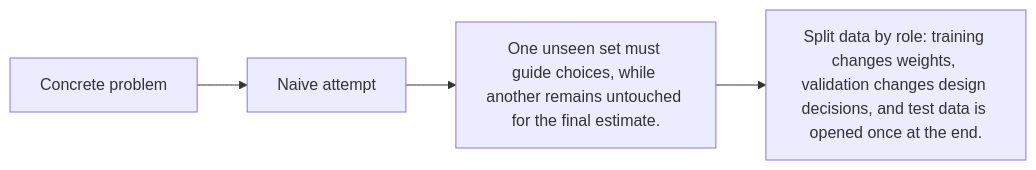
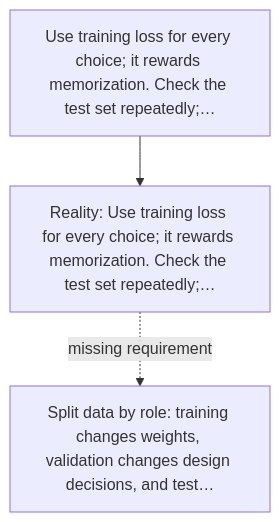
One commit to kleem-labs/AI-Archaeology changed the diagram in excavations/033-validation/diagram.md. Above: the diagram before and after it, drawn with Mermaid. The commit also changed other lines of this file and 288 other files, not shown here.

````diff
--- a/excavations/033-validation/diagram.md
+++ b/excavations/033-validation/diagram.md
@@ -3,4 +5,5 @@
-~~~mermaid
-flowchart LR
- A["Concrete problem"] --> B["Naive attempt"] --> C["One unseen set must guide choices, while another remains untouched for the final estimate."] --> D["Split data by role: training changes weights, validation changes design decisions, and test data is opened once at the end."]
-~~~
+```mermaid
+flowchart TD
+    A["Use training loss for every choice; it rewards memorization. Check the test set repeatedly;…"] --> B["Reality: Use training loss for every choice; it rewards memorization. Check the test set repeatedly;…"]
+    B -. "missing requirement" .-> C["Split data by role: training changes weights, validation changes design decisions, and test…"]
+```
````
